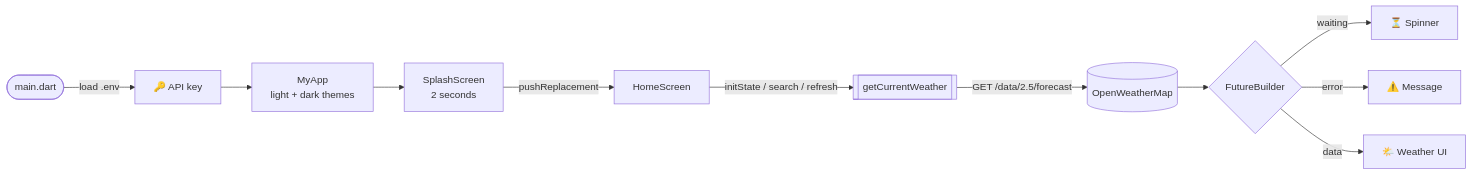
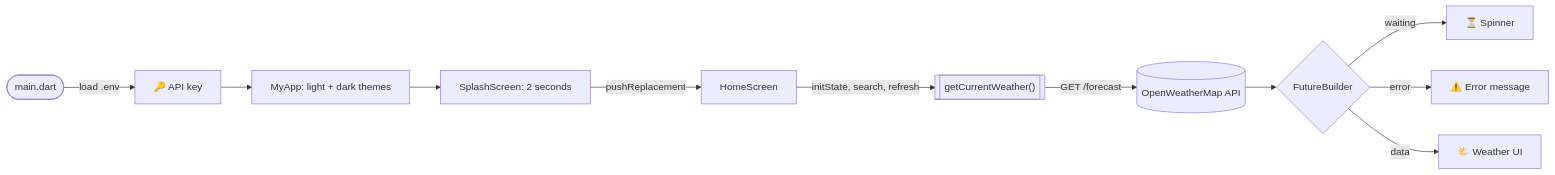
One commit to RafayAijaz/Weather-App changed the first of 2 diagrams in README.md. Above: the diagram before and after it, drawn with Mermaid. The commit also changed 1 other file, not shown here.

Commit message:
Fix flowchart rendering, mark platform folders as vendored

````diff
--- a/README.md
+++ b/README.md
@@ -89,13 +89,13 @@
 ```mermaid
 flowchart LR
-    A([main.dart]) -->|load .env| B[🔑 API key]
-    B --> C[MyApp<br/>light + dark themes]
-    C --> D[SplashScreen<br/>2 seconds]
-    D -->|pushReplacement| E[HomeScreen]
-    E -->|initState / search / refresh| F[[getCurrentWeather]]
-    F -->|GET /data/2.5/forecast| G[(OpenWeatherMap)]
-    G --> H{FutureBuilder}
-    H -->|waiting| I[⏳ Spinner]
-    H -->|error| J[⚠️ Message]
-    H -->|data| K[🌤️ Weather UI]
+    A(["main.dart"]) -->|"load .env"| B["🔑 API key"]
+    B --> C["MyApp: light + dark themes"]
+    C --> D["SplashScreen: 2 seconds"]
+    D -->|"pushReplacement"| E["HomeScreen"]
+    E -->|"initState, search, refresh"| F[["getCurrentWeather()"]]
+    F -->|"GET /forecast"| G[("OpenWeatherMap API")]
+    G --> H{"FutureBuilder"}
+    H -->|"waiting"| I["⏳ Spinner"]
+    H -->|"error"| J["⚠️ Error message"]
+    H -->|"data"| K["🌤️ Weather UI"]
 ```
````
